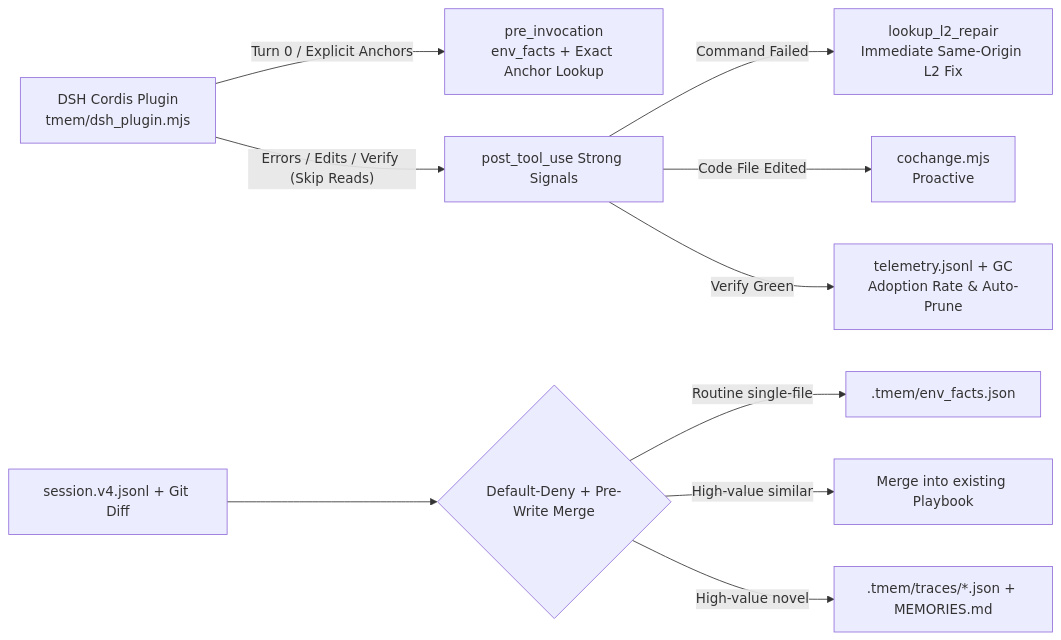
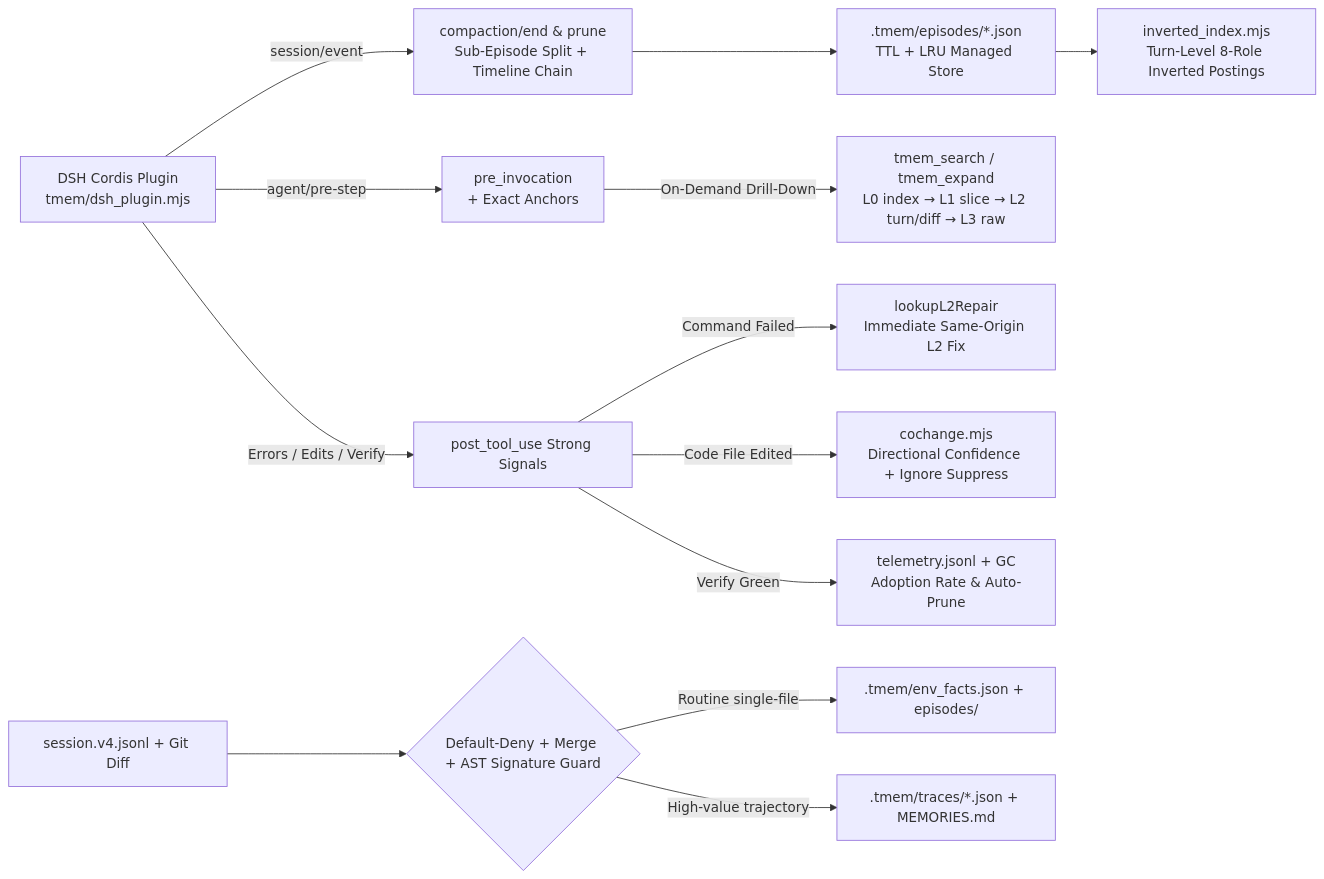
The diagram in README_EN.md (kentzjh-cmd/tmem), drawn with Mermaid before and after one commit. The commit also changed other lines of this file and 1 other file, not shown here.

Commit message:
docs(readme): document v0.4.0 compaction episode slicing, inverted index, and progressive recall benchmark

````diff
--- a/README_EN.md
+++ b/README_EN.md
@@ -55,12 +66,15 @@
 ```mermaid
 flowchart LR
-    DSH["DSH Cordis Plugin<br/>tmem/dsh_plugin.mjs"] -->|"Turn 0 / Explicit Anchors"| Pre["pre_invocation<br/>env_facts + Exact Anchor Lookup"]
-    DSH -->|"Errors / Edits / Verify (Skip Reads)"| Post["post_tool_use Strong Signals"]
-    Post -->|"Command Failed"| L2["lookup_l2_repair<br/>Immediate Same-Origin L2 Fix"]
-    Post -->|"Code File Edited"| L1["cochange.mjs<br/>Proactive <tmem_cochange_hint>"]
+    DSH["DSH Cordis Plugin<br/>tmem/dsh_plugin.mjs"] -->|"session/event"| Cmp["compaction/end & prune<br/>Sub-Episode Split + Timeline Chain"]
+    Cmp --> Eps[".tmem/episodes/*.json<br/>TTL + LRU Managed Store"]
+    Eps --> Inv["inverted_index.mjs<br/>Turn-Level 8-Role Inverted Postings"]
+    DSH -->|"agent/pre-step"| Pre["pre_invocation<br/><tmem_compacted_index> + Exact Anchors"]
+    Pre -->|"On-Demand Drill-Down"| Tools["tmem_search / tmem_expand<br/>L0 index → L1 slice → L2 turn/diff → L3 raw"]
+    DSH -->|"Errors / Edits / Verify"| Post["post_tool_use Strong Signals"]
+    Post -->|"Command Failed"| L2["lookupL2Repair<br/>Immediate Same-Origin L2 Fix"]
+    Post -->|"Code File Edited"| L1["cochange.mjs<br/>Directional Confidence + Ignore Suppress"]
     Post -->|"Verify Green"| Tel["telemetry.jsonl + GC<br/>Adoption Rate & Auto-Prune"]
-    Log["session.v4.jsonl + Git Diff"] --> Gate{"Default-Deny + Pre-Write Merge"}
-    Gate -->|"Routine single-file"| Env[".tmem/env_facts.json"]
-    Gate -->|"High-value similar"| Merge["Merge into existing Playbook"]
-    Gate -->|"High-value novel"| Traces[".tmem/traces/*.json + MEMORIES.md"]
+    Log["session.v4.jsonl + Git Diff"] --> Gate{"Default-Deny + Merge + AST Signature Guard"}
+    Gate -->|"Routine single-file"| Env[".tmem/env_facts.json + episodes/"]
+    Gate -->|"High-value trajectory"| Traces[".tmem/traces/*.json + MEMORIES.md"]
 ```
````
